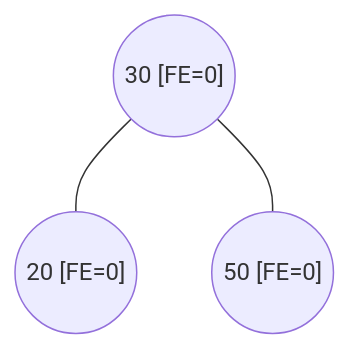
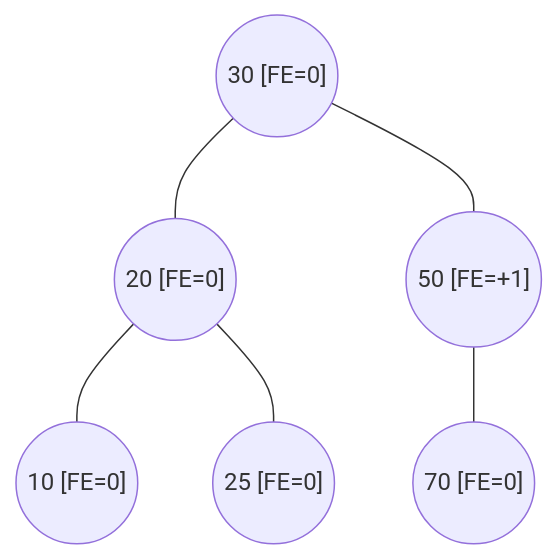
Before and after one commit to frijolitobandido/Guia_Matematica_Discreta: diagram 27 of 34 in 03-arboles.md, drawn with Mermaid. The commit also changed other lines of this file, not shown here.

````diff
--- a/03-arboles.md
+++ b/03-arboles.md
@@ -640,5 +691,8 @@
 ```mermaid
 graph TD
     j1(("30 [FE=0]")) --- j2(("20 [FE=0]"))
-    j1 --- j3(("50 [FE=0]"))
+    j1 --- j3(("50 [FE=+1]"))
+    j2 --- j4(("10 [FE=0]"))
+    j2 --- j5(("25 [FE=0]"))
+    j3 --- j6(("70 [FE=0]"))
 ```
````
